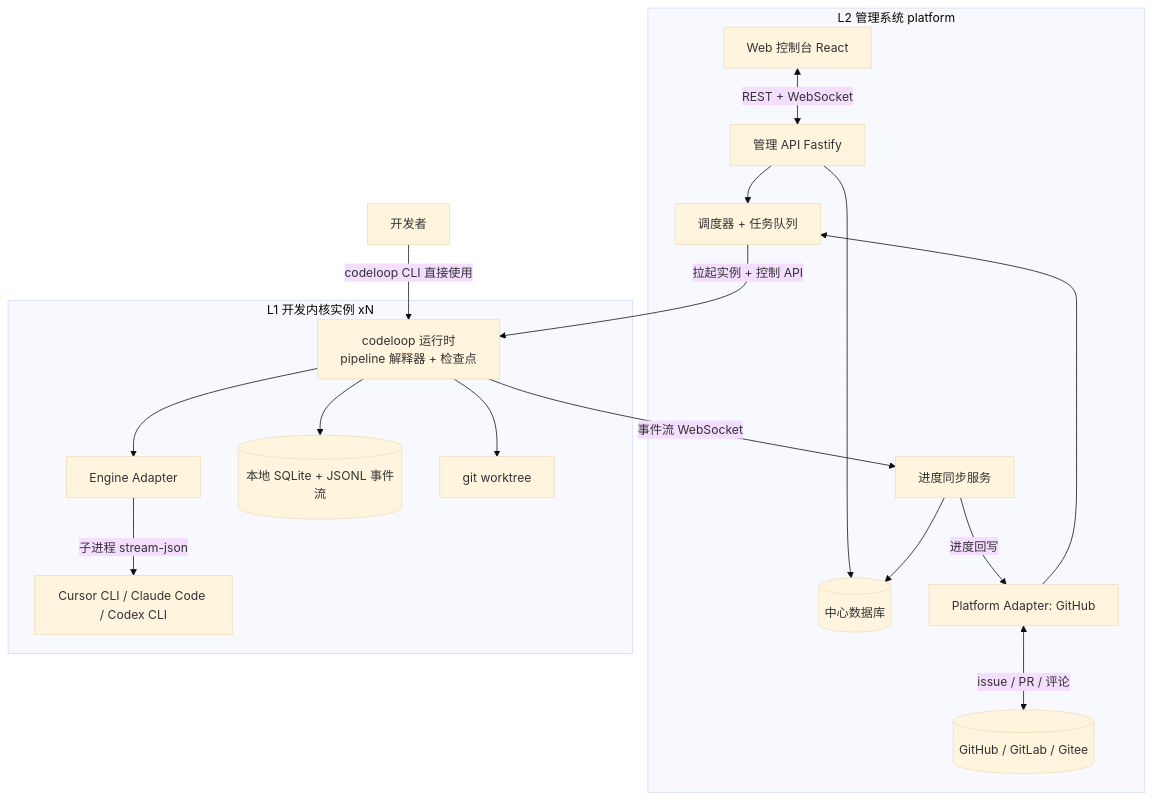
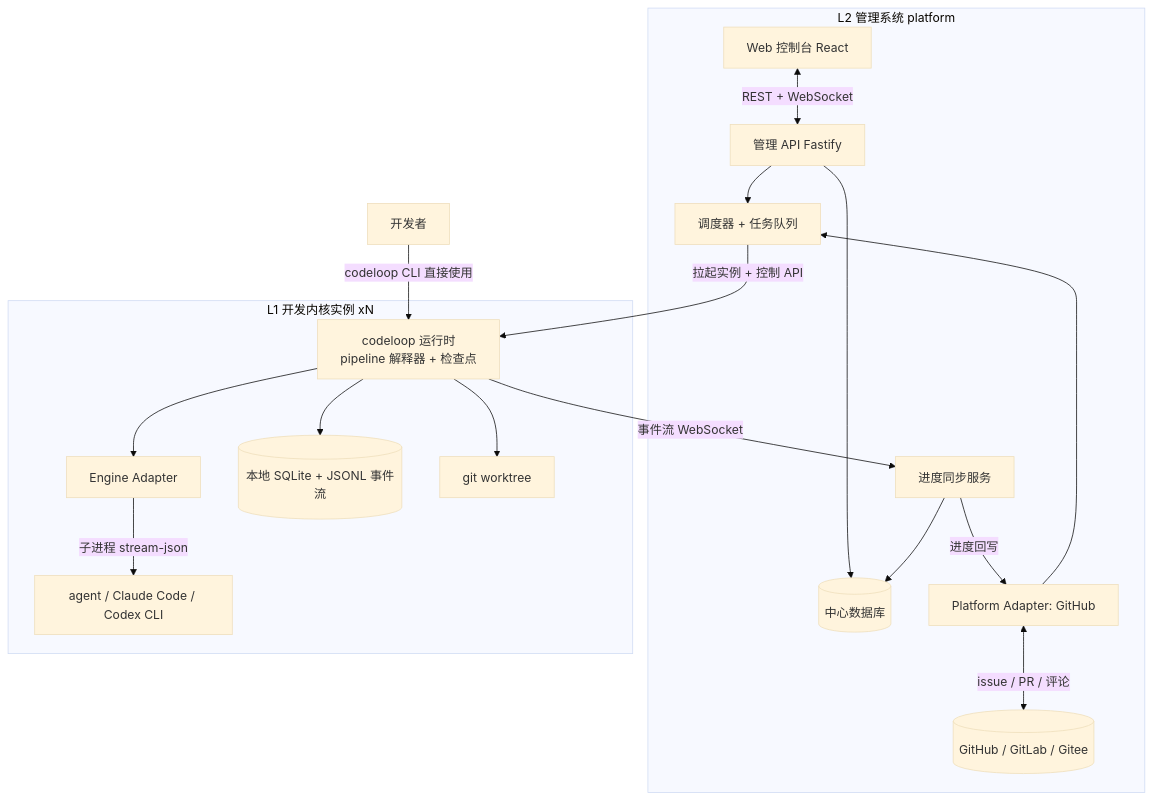
The first of 3 diagrams in docs/architecture.md (ddlqhd/dev-tools), drawn with Mermaid (base theme) before and after one commit. The commit also changed other lines of this file and 43 other files, not shown here.

````diff
--- a/docs/architecture.md
+++ b/docs/architecture.md
@@ -60,33 +60,33 @@
 ```mermaid
 flowchart TB
     subgraph l2 [L2 管理系统 platform]
         WebUI[Web 控制台 React]
         API[管理 API Fastify]
         Scheduler[调度器 + 任务队列]
         SyncSvc[进度同步服务]
         DB[(中心数据库)]
         GHA[Platform Adapter: GitHub]
         WebUI <-->|REST + WebSocket| API
         API --> Scheduler
         API --> DB
         SyncSvc --> DB
         GHA <-->|issue / PR / 评论| GitHub[(GitHub / GitLab / Gitee)]
         GHA --> Scheduler
         SyncSvc -->|进度回写| GHA
     end
 
     subgraph l1 [L1 开发内核实例 xN]
         Kernel[codeloop 运行时<br/>pipeline 解释器 + 检查点]
         Engine[Engine Adapter]
         Store[(本地 SQLite + JSONL 事件流)]
         WT[git worktree]
         Kernel --> Engine
         Kernel --> Store
         Kernel --> WT
-        Engine -->|子进程 stream-json| AgentCLI[Cursor CLI / Claude Code / Codex CLI]
+        Engine -->|子进程 stream-json| AgentCLI[agent / Claude Code / Codex CLI]
     end
 
     Human[开发者] -->|codeloop CLI 直接使用| Kernel
     Scheduler -->|拉起实例 + 控制 API| Kernel
     Kernel -->|事件流 WebSocket| SyncSvc
 ```
````
